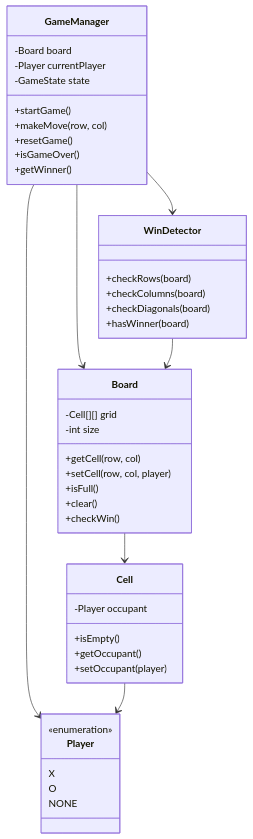
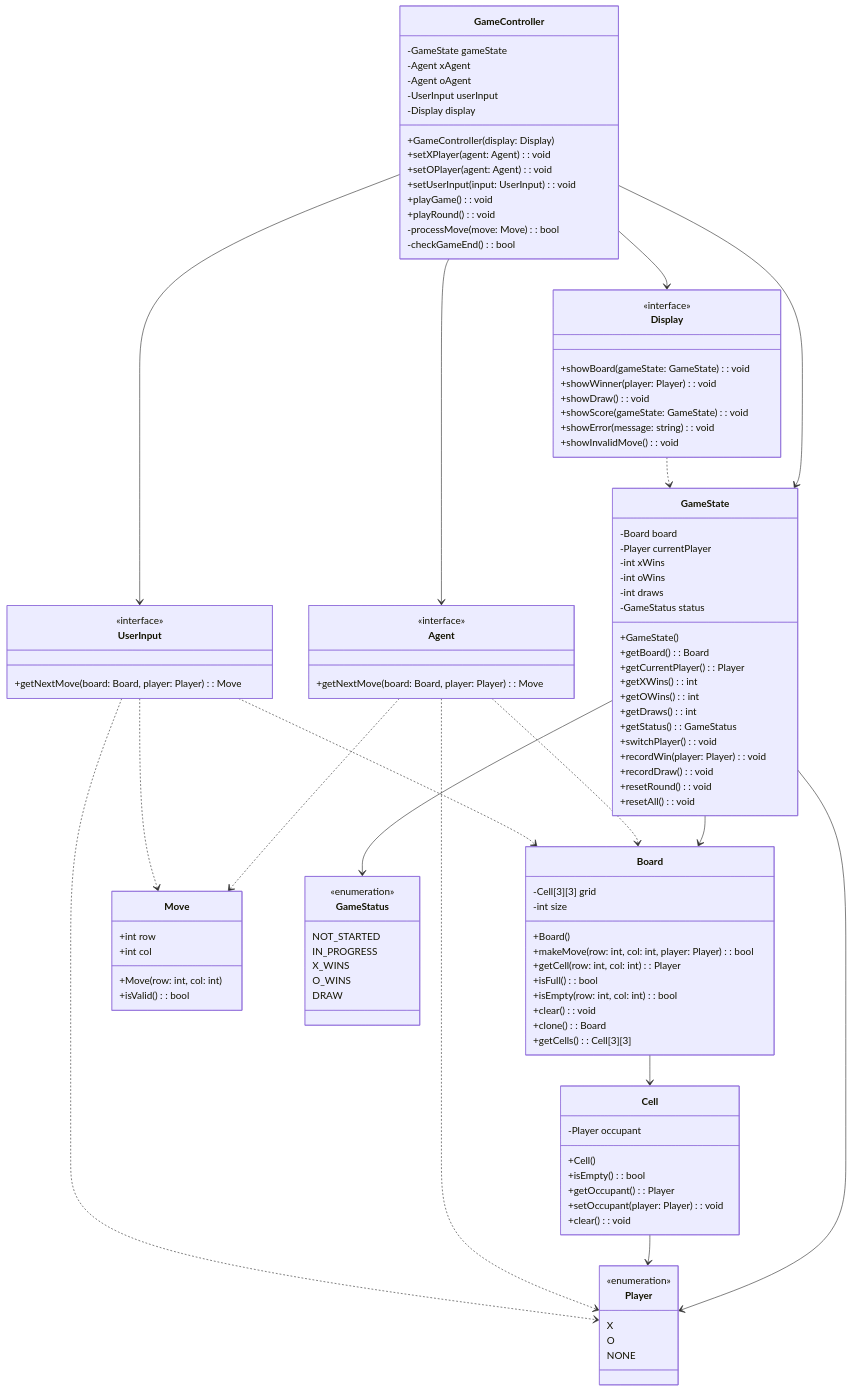
Before and after one commit to jashar86/tic-tac-toe: the second of 15 diagrams in docs/REFERENCE_ARCHITECTURE.md, drawn with Mermaid. The commit also changed other lines of this file, not shown here.

````diff
--- a/docs/REFERENCE_ARCHITECTURE.md
+++ b/docs/REFERENCE_ARCHITECTURE.md
@@ -90,24 +133,80 @@
 ```mermaid
 classDiagram
-    class GameManager {
+    class Board {
+        -Cell[3][3] grid
+        -int size
+        +Board()
+        +makeMove(row: int, col: int, player: Player): bool
+        +getCell(row: int, col: int): Player
+        +isFull(): bool
+        +isEmpty(row: int, col: int): bool
+        +clear(): void
+        +clone(): Board
+        +getCells(): Cell[3][3]
+    }
+
+    class GameState {
         -Board board
         -Player currentPlayer
-        -GameState state
-        +startGame()
-        +makeMove(row, col)
-        +resetGame()
-        +isGameOver()
-        +getWinner()
+        -int xWins
+        -int oWins
+        -int draws
+        -GameStatus status
+        +GameState()
+        +getBoard(): Board
+        +getCurrentPlayer(): Player
+        +getXWins(): int
+        +getOWins(): int
+        +getDraws(): int
+        +getStatus(): GameStatus
+        +switchPlayer(): void
+        +recordWin(player: Player): void
+        +recordDraw(): void
+        +resetRound(): void
+        +resetAll(): void
     }
 
-    class Board {
-        -Cell[][] grid
-        -int size
-        +getCell(row, col)
-        +setCell(row, col, player)
-        +isFull()
-        +clear()
-        +checkWin()
+    class Agent {
+        <<interface>>
+        +getNextMove(board: Board, player: Player): Move
+    }
+
+    class UserInput {
+        <<interface>>
+        +getNextMove(board: Board, player: Player): Move
+    }
+
+    class Display {
+        <<interface>>
+        +showBoard(gameState: GameState): void
+        +showWinner(player: Player): void
+        +showDraw(): void
+        +showScore(gameState: GameState): void
+        +showError(message: string): void
+        +showInvalidMove(): void
+    }
+
+    class GameController {
+        -GameState gameState
+        -Agent xAgent
+        -Agent oAgent
+        -UserInput userInput
+        -Display display
+        +GameController(display: Display)
+        +setXPlayer(agent: Agent): void
+        +setOPlayer(agent: Agent): void
+        +setUserInput(input: UserInput): void
+        +playGame(): void
+        +playRound(): void
+        -processMove(move: Move): bool
+        -checkGameEnd(): bool
+    }
+
+    class Move {
+        +int row
+        +int col
+        +Move(row: int, col: int)
+        +isValid(): bool
     }
 
     class Player {
@@ -117,24 +216,38 @@
         NONE
     }
 
+    class GameStatus {
+        <<enumeration>>
+        NOT_STARTED
+        IN_PROGRESS
+        X_WINS
+        O_WINS
+        DRAW
+    }
+
     class Cell {
         -Player occupant
-        +isEmpty()
-        +getOccupant()
-        +setOccupant(player)
+        +Cell()
+        +isEmpty(): bool
+        +getOccupant(): Player
+        +setOccupant(player: Player): void
+        +clear(): void
     }
 
-    class WinDetector {
-        +checkRows(board)
-        +checkColumns(board)
-        +checkDiagonals(board)
-        +hasWinner(board)
-    }
-
-    GameManager --> Board
-    GameManager --> Player
+    GameState --> Board
+    GameState --> Player
+    GameState --> GameStatus
     Board --> Cell
     Cell --> Player
-    GameManager --> WinDetector
-    WinDetector --> Board
+    GameController --> GameState
+    GameController --> Agent
+    GameController --> UserInput
+    GameController --> Display
+    Agent ..> Board
+    Agent ..> Player
+    Agent ..> Move
+    UserInput ..> Board
+    UserInput ..> Player
+    UserInput ..> Move
+    Display ..> GameState
 ```
````
